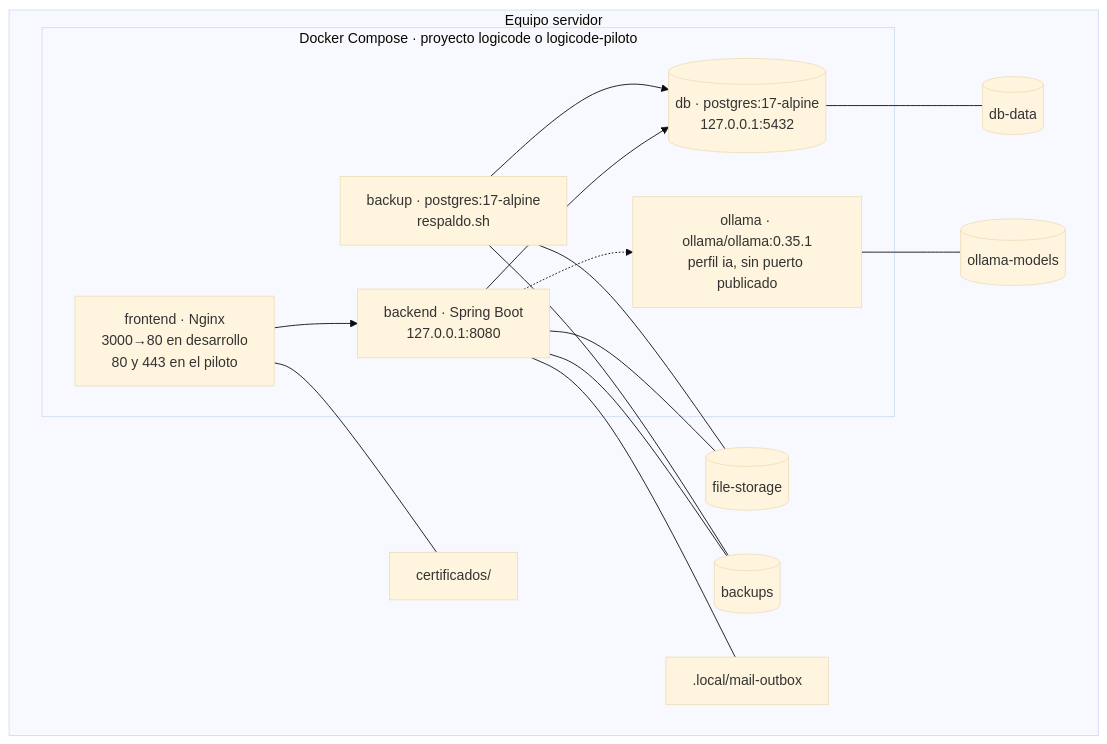
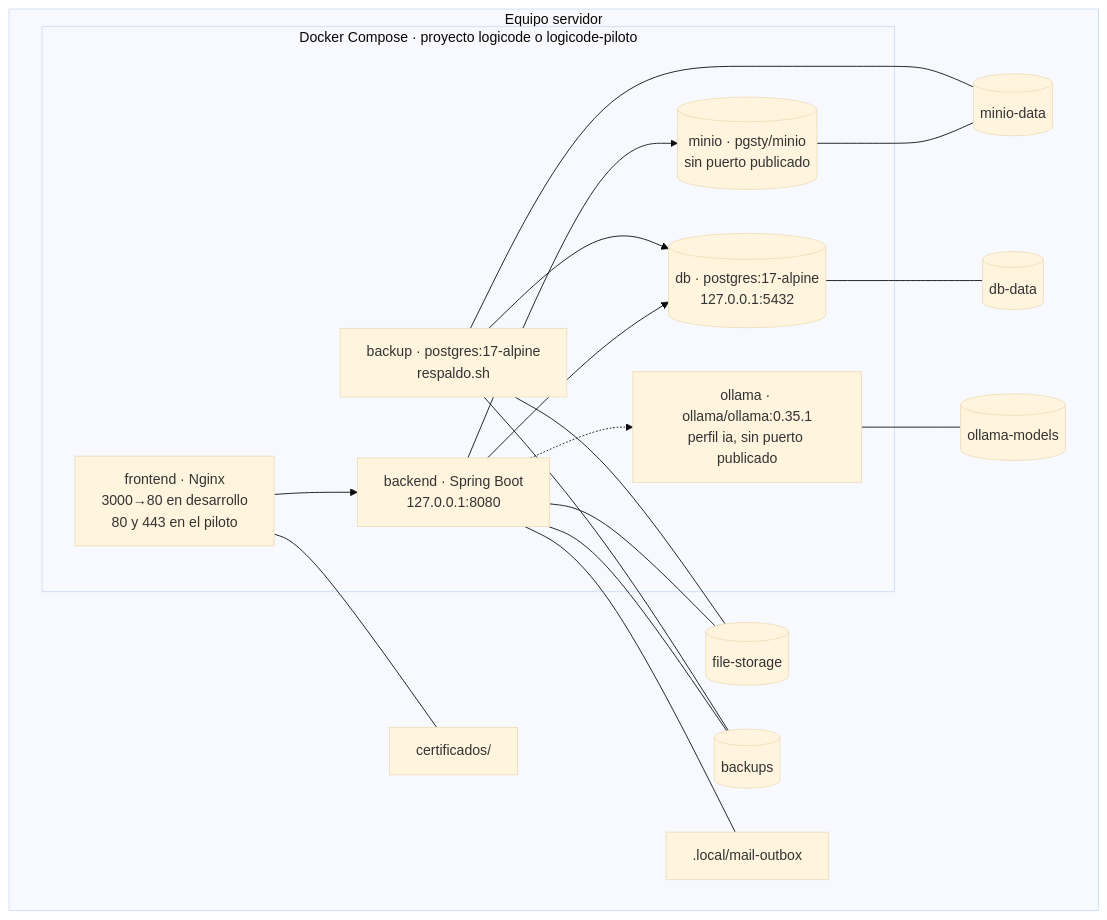
One commit to CarlosEscam/LogiCode-Up changed the second of 4 diagrams in docs/arquitectura.md. Above: the diagram before and after it, drawn with Mermaid (base theme). The commit also changed other lines of this file and 25 other files, not shown here.

````diff
--- a/docs/arquitectura.md
+++ b/docs/arquitectura.md
@@ -36,30 +36,35 @@
 ```mermaid
 flowchart TB
     subgraph Equipo servidor
         subgraph Compose[Docker Compose · proyecto logicode o logicode-piloto]
             FE[frontend · Nginx<br/>3000→80 en desarrollo<br/>80 y 443 en el piloto]
             BE[backend · Spring Boot<br/>127.0.0.1:8080]
             DB[(db · postgres:17-alpine<br/>127.0.0.1:5432)]
+            MI[(minio · pgsty/minio<br/>sin puerto publicado)]
             BK[backup · postgres:17-alpine<br/>respaldo.sh]
             OL[ollama · ollama/ollama:0.35.1<br/>perfil ia, sin puerto publicado]
         end
         V1[(db-data)]
+        V5[(minio-data)]
         V2[(file-storage)]
         V3[(backups)]
         V4[(ollama-models)]
         L[.local/mail-outbox]
         C[certificados/]
     end
     FE --> BE
     BE --> DB
+    BE --> MI
+    MI --- V5
+    BK --- V5
     BE -.-> OL
     BK --> DB
     DB --- V1
     BE --- V2
     BK --- V2
     BE --- V3
     BK --- V3
     OL --- V4
     BE --- L
     FE --- C
 ```
````
